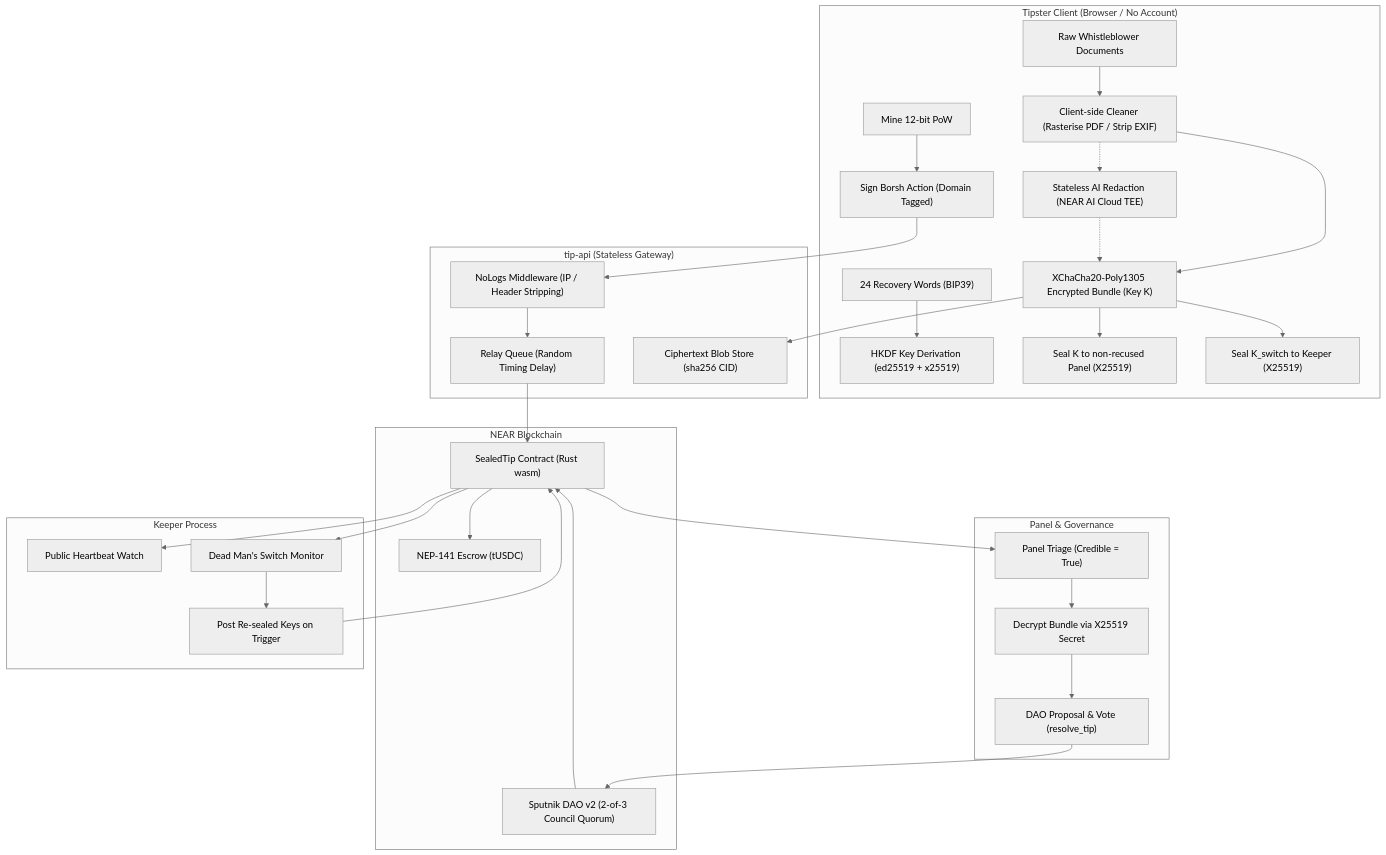
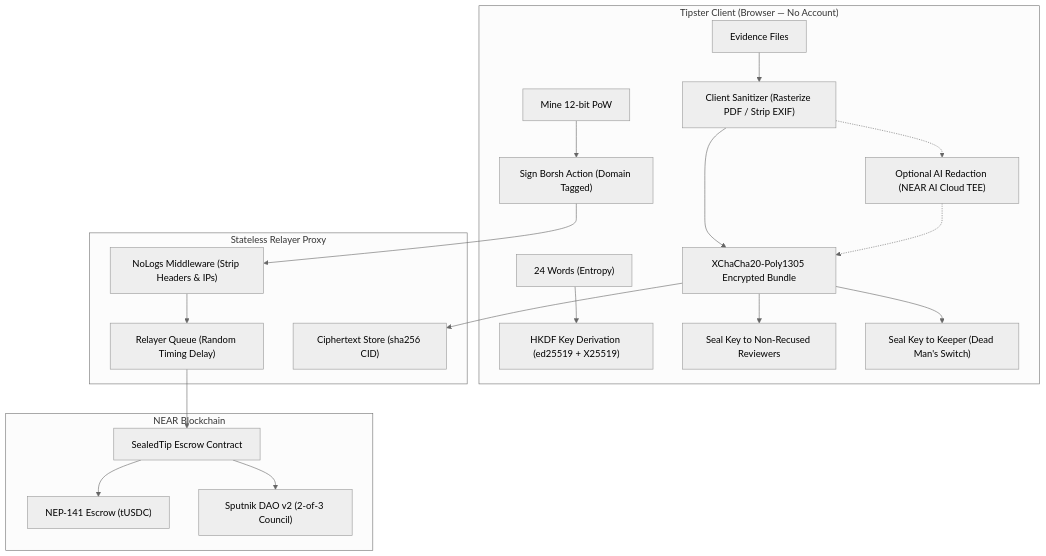
One commit to Teescom/sealed-tip changed the diagram in README.md. Above: the diagram before and after it, drawn with Mermaid (neutral theme). The commit also changed other lines of this file and 1 other file, not shown here.

Commit message:
docs(readme): streamline to project objective, architecture, and execution instructions

````diff
--- a/README.md
+++ b/README.md
@@ -94,46 +44,30 @@
 ```mermaid
 flowchart TD
-  subgraph Tipster["Tipster Client (Browser / No Account)"]
-    W["24 Recovery Words (BIP39)"] --> K["HKDF Key Derivation (ed25519 + x25519)"]
-    Docs["Raw Whistleblower Documents"] --> Clean["Client-side Cleaner (Rasterise PDF / Strip EXIF)"]
-    Clean --> Enc["XChaCha20-Poly1305 Encrypted Bundle (Key K)"]
-    Enc --> SealK["Seal K to non-recused Panel (X25519)"]
-    Enc --> SealSwitch["Seal K_switch to Keeper (X25519)"]
-    Clean -.-> TEE["Stateless AI Redaction (NEAR AI Cloud TEE)"]
+  subgraph Tipster["Tipster Client (Browser — No Account)"]
+    W["24 Words (Entropy)"] --> K["HKDF Key Derivation (ed25519 + X25519)"]
+    Docs["Evidence Files"] --> Clean["Client Sanitizer (Rasterize PDF / Strip EXIF)"]
+    Clean --> Enc["XChaCha20-Poly1305 Encrypted Bundle"]
+    Enc --> SealPanel["Seal Key to Non-Recused Reviewers"]
+    Enc --> SealSwitch["Seal Key to Keeper (Dead Man's Switch)"]
+    Clean -.-> TEE["Optional AI Redaction (NEAR AI Cloud TEE)"]
     TEE -.-> Enc
     PoW["Mine 12-bit PoW"] --> Sign["Sign Borsh Action (Domain Tagged)"]
   end
 
-  subgraph API["tip-api (Stateless Gateway)"]
-    NoLog["NoLogs Middleware (IP / Header Stripping)"]
-    RelayQueue["Relay Queue (Random Timing Delay)"]
-    BlobStore["Ciphertext Blob Store (sha256 CID)"]
+  subgraph Gateway["Stateless Relayer Proxy"]
+    NoLog["NoLogs Middleware (Strip Headers & IPs)"]
+    RelayQueue["Relayer Queue (Random Timing Delay)"]
+    BlobStore["Ciphertext Store (sha256 CID)"]
   end
 
   subgraph Chain["NEAR Blockchain"]
-    Contract["SealedTip Contract (Rust wasm)"]
+    Contract["SealedTip Escrow Contract"]
     Token["NEP-141 Escrow (tUSDC)"]
-    DAO["Sputnik DAO v2 (2-of-3 Council Quorum)"]
-  end
-
-  subgraph Panel["Panel & Governance"]
-    PanelTriage["Panel Triage (Credible = True)"]
-    PanelDecrypt["Decrypt Bundle via X25519 Secret"]
-    DAOResolve["DAO Proposal & Vote (resolve_tip)"]
-  end
-
-  subgraph KeeperSvc["Keeper Process"]
-    Heartbeat["Public Heartbeat Watch"]
-    SwitchWatch["Dead Man's Switch Monitor"]
-    KeyRelease["Post Re-sealed Keys on Trigger"]
+    DAO["Sputnik DAO v2 (2-of-3 Council)"]
   end
 
   Sign --> NoLog --> RelayQueue --> Contract
   Enc --> BlobStore
   Contract --> Token
-  Contract --> PanelTriage
-  PanelTriage --> PanelDecrypt
-  PanelDecrypt --> DAOResolve --> DAO --> Contract
-  Contract --> SwitchWatch --> KeyRelease --> Contract
-  Contract --> Heartbeat
+  Contract --> DAO
 ```
````
